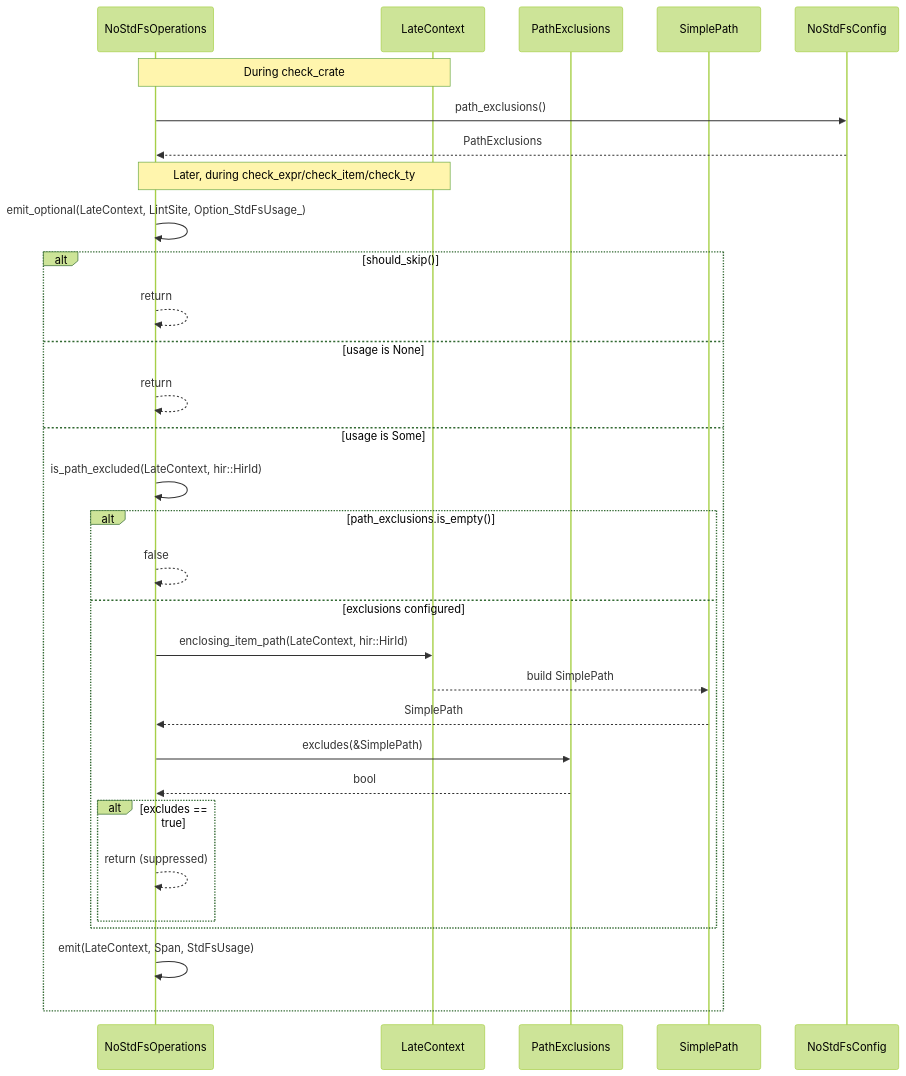
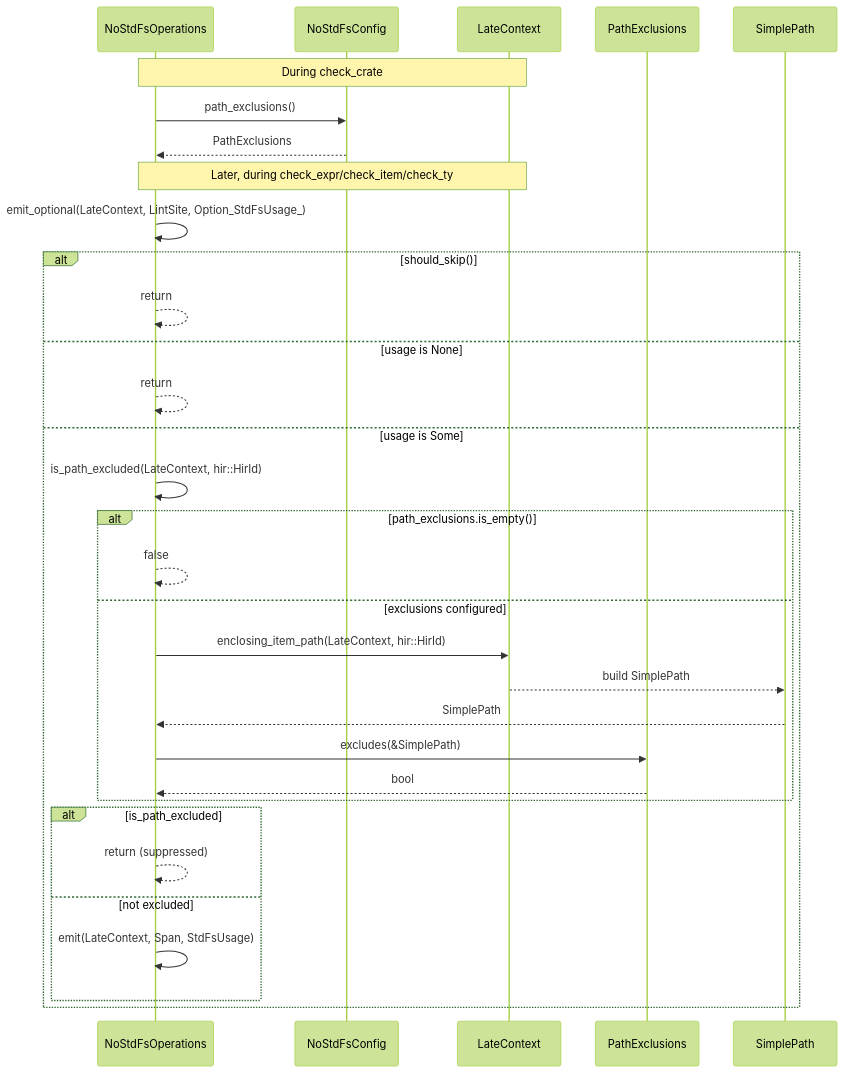
The first of 2 diagrams in docs/whitaker-dylint-suite-design.md (leynos/whitaker), drawn with Mermaid (forest theme) before and after one commit. The commit also changed 3 other files, not shown here.

First line of the commit message:
Add property test, warn on malformed paths, refine diagram

````diff
--- a/docs/whitaker-dylint-suite-design.md
+++ b/docs/whitaker-dylint-suite-design.md
@@ -770,34 +770,36 @@
 ```mermaid
 sequenceDiagram
     participant Driver as NoStdFsOperations
+    participant Config as NoStdFsConfig
     participant LateContext
     participant PathExcl as PathExclusions
     participant SimplePath
 
     Note over Driver,LateContext: During check_crate
-    Driver->>NoStdFsConfig: path_exclusions()
-    NoStdFsConfig-->>Driver: PathExclusions
+    Driver->>Config: path_exclusions()
+    Config-->>Driver: PathExclusions
 
     Note over Driver,LateContext: Later, during check_expr/check_item/check_ty
     Driver->>Driver: emit_optional(LateContext, LintSite, Option_StdFsUsage_)
     alt should_skip()
         Driver-->>Driver: return
     else usage is None
         Driver-->>Driver: return
     else usage is Some
         Driver->>Driver: is_path_excluded(LateContext, hir::HirId)
         alt path_exclusions.is_empty()
             Driver-->>Driver: false
         else exclusions configured
             Driver->>LateContext: enclosing_item_path(LateContext, hir::HirId)
             LateContext-->>SimplePath: build SimplePath
             SimplePath-->>Driver: SimplePath
             Driver->>PathExcl: excludes(&SimplePath)
             PathExcl-->>Driver: bool
-            alt excludes == true
-                Driver-->>Driver: return (suppressed)
-            end
         end
-        Driver->>Driver: emit(LateContext, Span, StdFsUsage)
+        alt is_path_excluded
+            Driver-->>Driver: return (suppressed)
+        else not excluded
+            Driver->>Driver: emit(LateContext, Span, StdFsUsage)
+        end
     end
 ```
````
